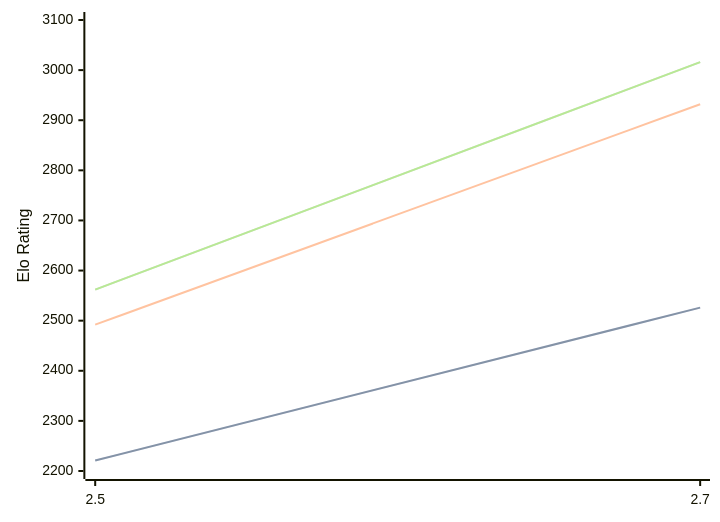
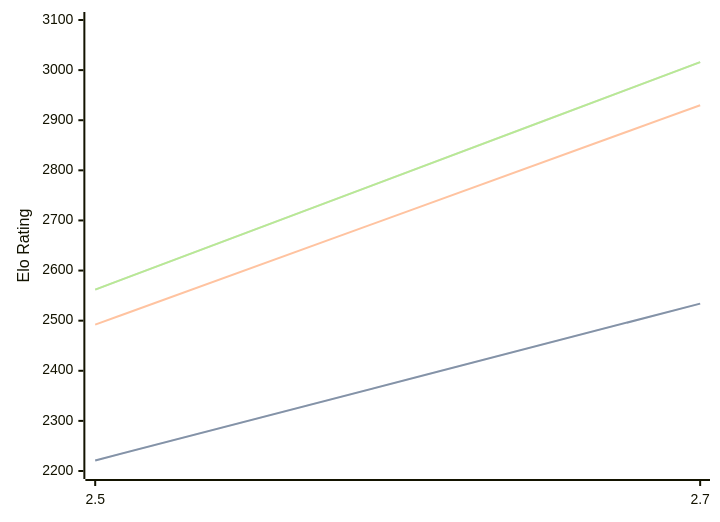
One commit to computer-chess-index/cci changed the diagram in engines/Zevra.md. Above: the diagram before and after it, drawn with Mermaid. The commit also changed other lines of this file, not shown here.

````diff
--- a/engines/Zevra.md
+++ b/engines/Zevra.md
@@ -32,11 +32,11 @@
 ```mermaid
 %%{init: {"theme":"base","themeVariables":{"seriesColors:['#a3a3a3','#222221','#faa371']}}}%%
 xychart-beta
   x-axis ["2.5", "2.7"]
   y-axis "Elo Rating" 2200 --> 3100
-  line "" [2221, 2526]
-  line "STC (8.0+0.08s)" [2221, 2526]
-  line "LTC (60.0+0.60s)" [2492, 2932]
+  line "" [2221, 2534]
+  line "STC (8.0+0.08s)" [2221, 2534]
+  line "LTC (60.0+0.60s)" [2492, 2930]
   line "" [2562, 3016]
   line "VLTC (2m24s+1.12s)" [2562, 3016]
 ```
````
